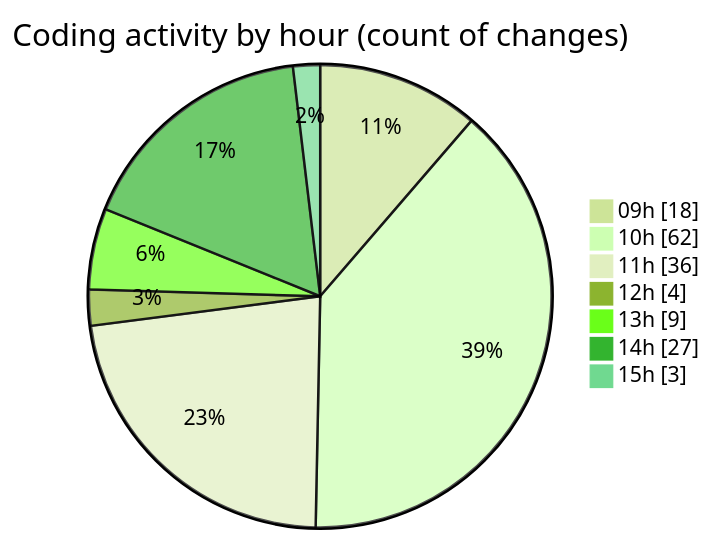
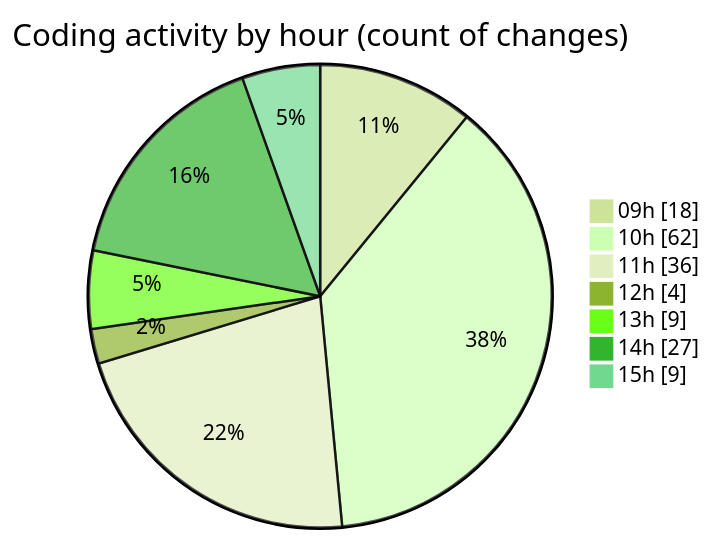
One commit to momahboobian/code-tracking changed the second of 2 diagrams in 2025-07-01/cda/README.md. Above: the diagram before and after it, drawn with Mermaid (forest theme). The commit also changed other lines of this file and 1 other file, not shown here.

````diff
--- a/2025-07-01/cda/README.md
+++ b/2025-07-01/cda/README.md
@@ -53,11 +53,11 @@
 ```mermaid
 pie showData
 title Coding activity by hour (count of changes)
 "09h" : 18
 "10h" : 62
 "11h" : 36
 "12h" : 4
 "13h" : 9
 "14h" : 27
-"15h" : 3
+"15h" : 9
 ```
````
